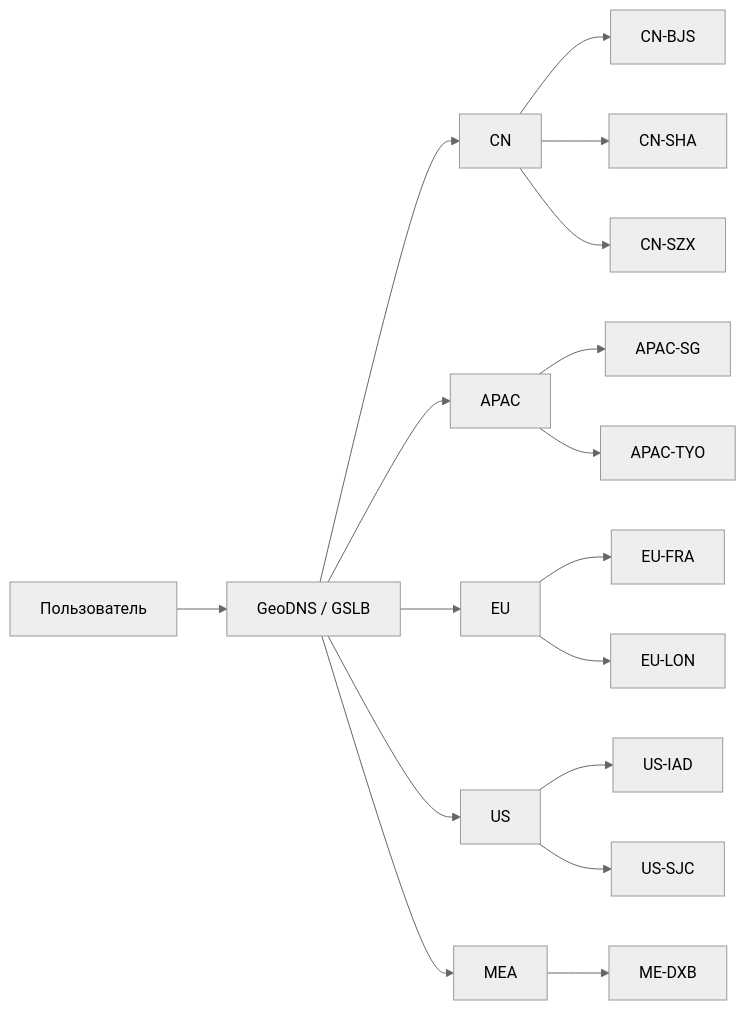
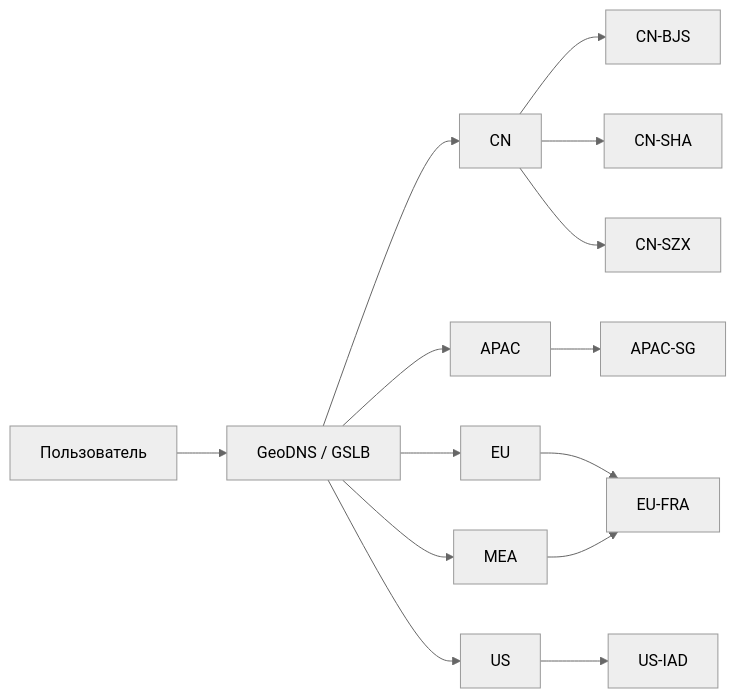
One commit to exexexd0/highload-course-project changed the first of 3 diagrams in README.md. Above: the diagram before and after it, drawn with Mermaid (neutral theme). The commit also changed other lines of this file, not shown here.

````diff
--- a/README.md
+++ b/README.md
@@ -204,25 +199,21 @@
 ```mermaid
 flowchart LR
     U["Пользователь"] --> DNS["GeoDNS / GSLB"]
 
     DNS --> CN["CN"]
     DNS --> APAC["APAC"]
     DNS --> EU["EU"]
     DNS --> US["US"]
     DNS --> MEA["MEA"]
 
     CN --> BJS["CN-BJS"]
     CN --> SHA["CN-SHA"]
     CN --> SZX["CN-SZX"]
 
     APAC --> SG["APAC-SG"]
-    APAC --> TYO["APAC-TYO"]
 
     EU --> FRA["EU-FRA"]
-    EU --> LON["EU-LON"]
+    MEA --> FRA
 
     US --> IAD["US-IAD"]
-    US --> SJC["US-SJC"]
-
-    MEA --> DXB["ME-DXB"]
 ```
````
